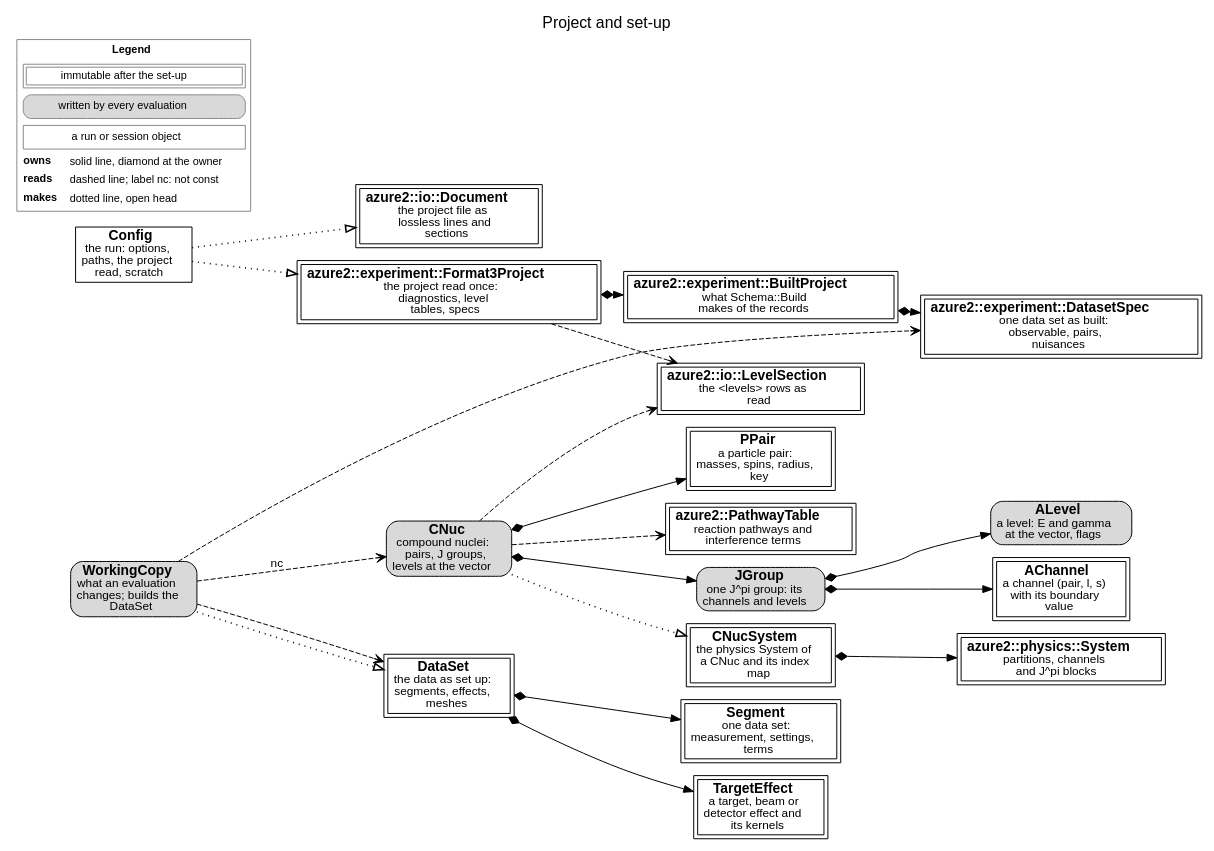
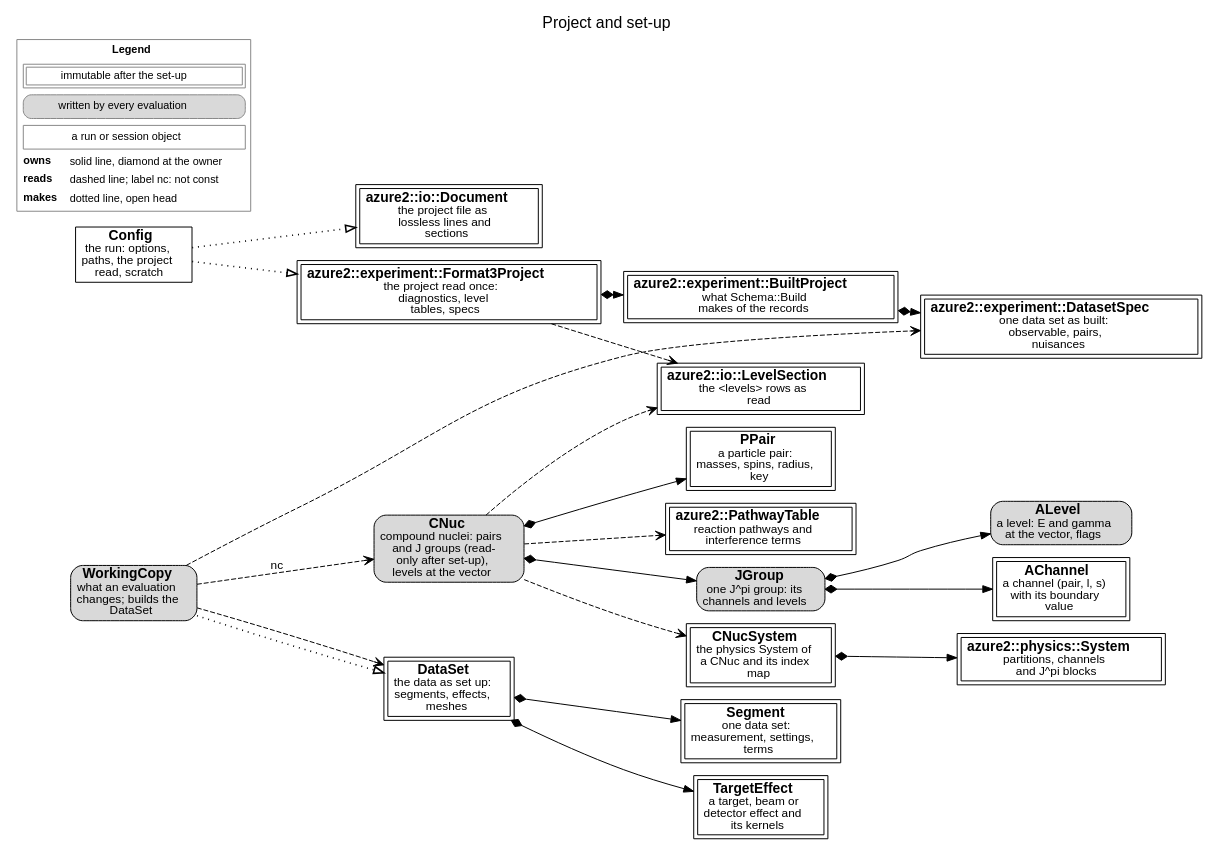
The diagram in docs/source/developer/figures/setup.dot (AZURE2DEV/AZURE2), drawn with Graphviz before and after one commit. The commit also changed 10 other files, not shown here.

First line of the commit message:
docs: the structure frozen after set-up (design note as built, Developer Guide, class scheme, roadmap, handoff)

```diff
--- a/docs/source/developer/figures/setup.dot
+++ b/docs/source/developer/figures/setup.dot
@@ -1,43 +1,43 @@
 digraph setup {
   graph [rankdir=LR, fontname="Helvetica", fontsize=16, labelloc=t, label="Project and set-up", nodesep=0.18, ranksep=0.3, newrank=true];
   node [fontname="Helvetica", fontsize=14, margin="0.08,0.04"];
   edge [fontname="Helvetica", fontsize=12];
   n_azure2__io__Document [label=<<b>azure2::io::Document</b><br/><font point-size="12">the project file as<br/>lossless lines and<br/>sections</font>>, shape=box, peripheries=2, style="filled", fillcolor="white"];
   n_azure2__io__LevelSection [label=<<b>azure2::io::LevelSection</b><br/><font point-size="12">the &lt;levels&gt; rows as<br/>read</font>>, shape=box, peripheries=2, style="filled", fillcolor="white"];
   n_azure2__experiment__Format3Project [label=<<b>azure2::experiment::Format3Project</b><br/><font point-size="12">the project read once:<br/>diagnostics, level<br/>tables, specs</font>>, shape=box, peripheries=2, style="filled", fillcolor="white"];
   n_azure2__experiment__BuiltProject [label=<<b>azure2::experiment::BuiltProject</b><br/><font point-size="12">what Schema::Build<br/>makes of the records</font>>, shape=box, peripheries=2, style="filled", fillcolor="white"];
   n_azure2__experiment__DatasetSpec [label=<<b>azure2::experiment::DatasetSpec</b><br/><font point-size="12">one data set as built:<br/>observable, pairs,<br/>nuisances</font>>, shape=box, peripheries=2, style="filled", fillcolor="white"];
   n_Config [label=<<b>Config</b><br/><font point-size="12">the run: options,<br/>paths, the project<br/>read, scratch</font>>, shape=box, style="filled", fillcolor="white"];
-  n_CNuc [label=<<b>CNuc</b><br/><font point-size="12">compound nuclei:<br/>pairs, J groups,<br/>levels at the vector</font>>, shape=box, style="rounded,filled", fillcolor="#d9d9d9"];
+  n_CNuc [label=<<b>CNuc</b><br/><font point-size="12">compound nuclei: pairs<br/>and J groups (read-<br/>only after set-up),<br/>levels at the vector</font>>, shape=box, style="rounded,filled", fillcolor="#d9d9d9"];
   n_PPair [label=<<b>PPair</b><br/><font point-size="12">a particle pair:<br/>masses, spins, radius,<br/>key</font>>, shape=box, peripheries=2, style="filled", fillcolor="white"];
   n_JGroup [label=<<b>JGroup</b><br/><font point-size="12">one J^pi group: its<br/>channels and levels</font>>, shape=box, style="rounded,filled", fillcolor="#d9d9d9"];
   n_AChannel [label=<<b>AChannel</b><br/><font point-size="12">a channel (pair, l, s)<br/>with its boundary<br/>value</font>>, shape=box, peripheries=2, style="filled", fillcolor="white"];
   n_ALevel [label=<<b>ALevel</b><br/><font point-size="12">a level: E and gamma<br/>at the vector, flags</font>>, shape=box, style="rounded,filled", fillcolor="#d9d9d9"];
   n_CNucSystem [label=<<b>CNucSystem</b><br/><font point-size="12">the physics System of<br/>a CNuc and its index<br/>map</font>>, shape=box, peripheries=2, style="filled", fillcolor="white"];
   n_azure2__physics__System [label=<<b>azure2::physics::System</b><br/><font point-size="12">partitions, channels<br/>and J^pi blocks</font>>, shape=box, peripheries=2, style="filled", fillcolor="white"];
   n_azure2__PathwayTable [label=<<b>azure2::PathwayTable</b><br/><font point-size="12">reaction pathways and<br/>interference terms</font>>, shape=box, peripheries=2, style="filled", fillcolor="white"];
   n_DataSet [label=<<b>DataSet</b><br/><font point-size="12">the data as set up:<br/>segments, effects,<br/>meshes</font>>, shape=box, peripheries=2, style="filled", fillcolor="white"];
   n_Segment [label=<<b>Segment</b><br/><font point-size="12">one data set:<br/>measurement, settings,<br/>terms</font>>, shape=box, peripheries=2, style="filled", fillcolor="white"];
   n_TargetEffect [label=<<b>TargetEffect</b><br/><font point-size="12">a target, beam or<br/>detector effect and<br/>its kernels</font>>, shape=box, peripheries=2, style="filled", fillcolor="white"];
   n_WorkingCopy [label=<<b>WorkingCopy</b><br/><font point-size="12">what an evaluation<br/>changes; builds the<br/>DataSet</font>>, shape=box, style="rounded,filled", fillcolor="#d9d9d9"];
   n_Config -> n_azure2__io__Document [style=dotted, penwidth=1.6, arrowhead=empty];
   n_Config -> n_azure2__experiment__Format3Project [style=dotted, penwidth=1.6, arrowhead=empty];
   n_azure2__experiment__Format3Project -> n_azure2__io__LevelSection [style=dashed, arrowhead=vee];
   n_azure2__experiment__Format3Project -> n_azure2__experiment__BuiltProject [style=solid, dir=both, arrowtail=diamond, arrowhead=normal];
   n_azure2__experiment__BuiltProject -> n_azure2__experiment__DatasetSpec [style=solid, dir=both, arrowtail=diamond, arrowhead=normal];
   n_CNuc -> n_azure2__io__LevelSection [style=dashed, arrowhead=vee];
   n_CNuc -> n_PPair [style=solid, dir=both, arrowtail=diamond, arrowhead=normal];
   n_CNuc -> n_JGroup [style=solid, dir=both, arrowtail=diamond, arrowhead=normal];
   n_JGroup -> n_AChannel [style=solid, dir=both, arrowtail=diamond, arrowhead=normal];
   n_JGroup -> n_ALevel [style=solid, dir=both, arrowtail=diamond, arrowhead=normal];
-  n_CNuc -> n_CNucSystem [style=dotted, penwidth=1.6, arrowhead=empty];
+  n_CNuc -> n_CNucSystem [style=dashed, arrowhead=vee];
   n_CNucSystem -> n_azure2__physics__System [style=solid, dir=both, arrowtail=diamond, arrowhead=normal];
   n_CNuc -> n_azure2__PathwayTable [style=dashed, arrowhead=vee];
   n_WorkingCopy -> n_azure2__experiment__DatasetSpec [style=dashed, arrowhead=vee];
   n_WorkingCopy -> n_CNuc [style=dashed, arrowhead=vee, label=" nc"];
   n_WorkingCopy -> n_DataSet [style=dotted, penwidth=1.6, arrowhead=empty];
   n_WorkingCopy -> n_DataSet [style=dashed, arrowhead=vee];
   n_DataSet -> n_Segment [style=solid, dir=both, arrowtail=diamond, arrowhead=normal];
   n_DataSet -> n_TargetEffect [style=solid, dir=both, arrowtail=diamond, arrowhead=normal];
   legend [shape=plaintext, fontsize=11, label=<<TABLE BORDER="1" CELLBORDER="0" CELLSPACING="3" COLOR="#888888"><TR><TD COLSPAN="2"><B>Legend</B></TD></TR><TR><TD COLSPAN="2"><TABLE BORDER="1" CELLBORDER="1" CELLSPACING="2" CELLPADDING="2"><TR><TD>immutable after the set-up</TD></TR></TABLE></TD></TR><TR><TD COLSPAN="2"><TABLE BORDER="1" CELLBORDER="0" CELLPADDING="3" STYLE="rounded" BGCOLOR="#d9d9d9"><TR><TD>written by every evaluation</TD></TR></TABLE></TD></TR><TR><TD COLSPAN="2"><TABLE BORDER="1" CELLBORDER="0" CELLPADDING="3" ><TR><TD>a run or session object</TD></TR></TABLE></TD></TR><TR><TD ALIGN="LEFT"><B>owns</B></TD><TD ALIGN="LEFT">solid line, diamond at the owner</TD></TR><TR><TD ALIGN="LEFT"><B>reads</B></TD><TD ALIGN="LEFT">dashed line; label nc: not const</TD></TR><TR><TD ALIGN="LEFT"><B>makes</B></TD><TD ALIGN="LEFT">dotted line, open head</TD></TR></TABLE>>];
 }
```
